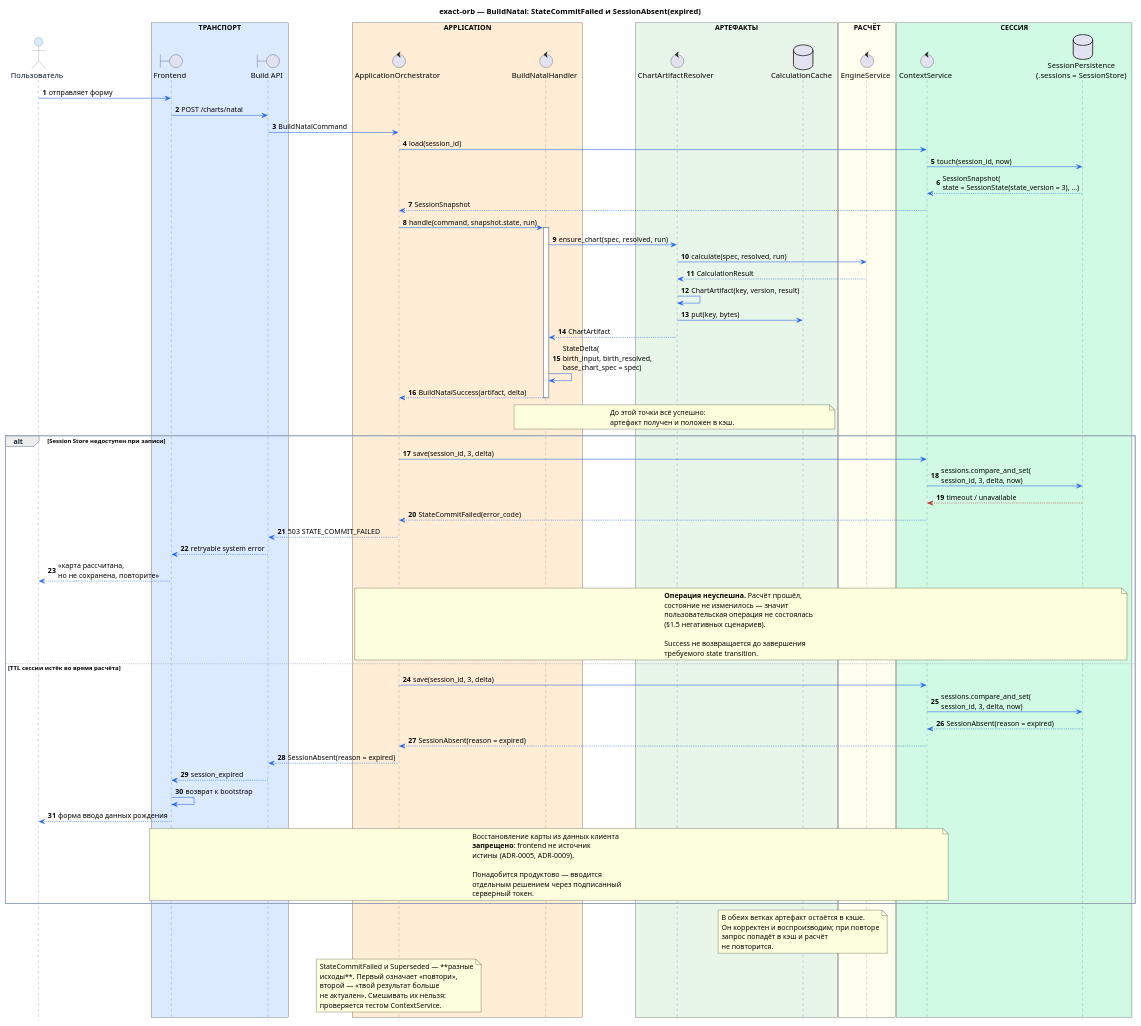
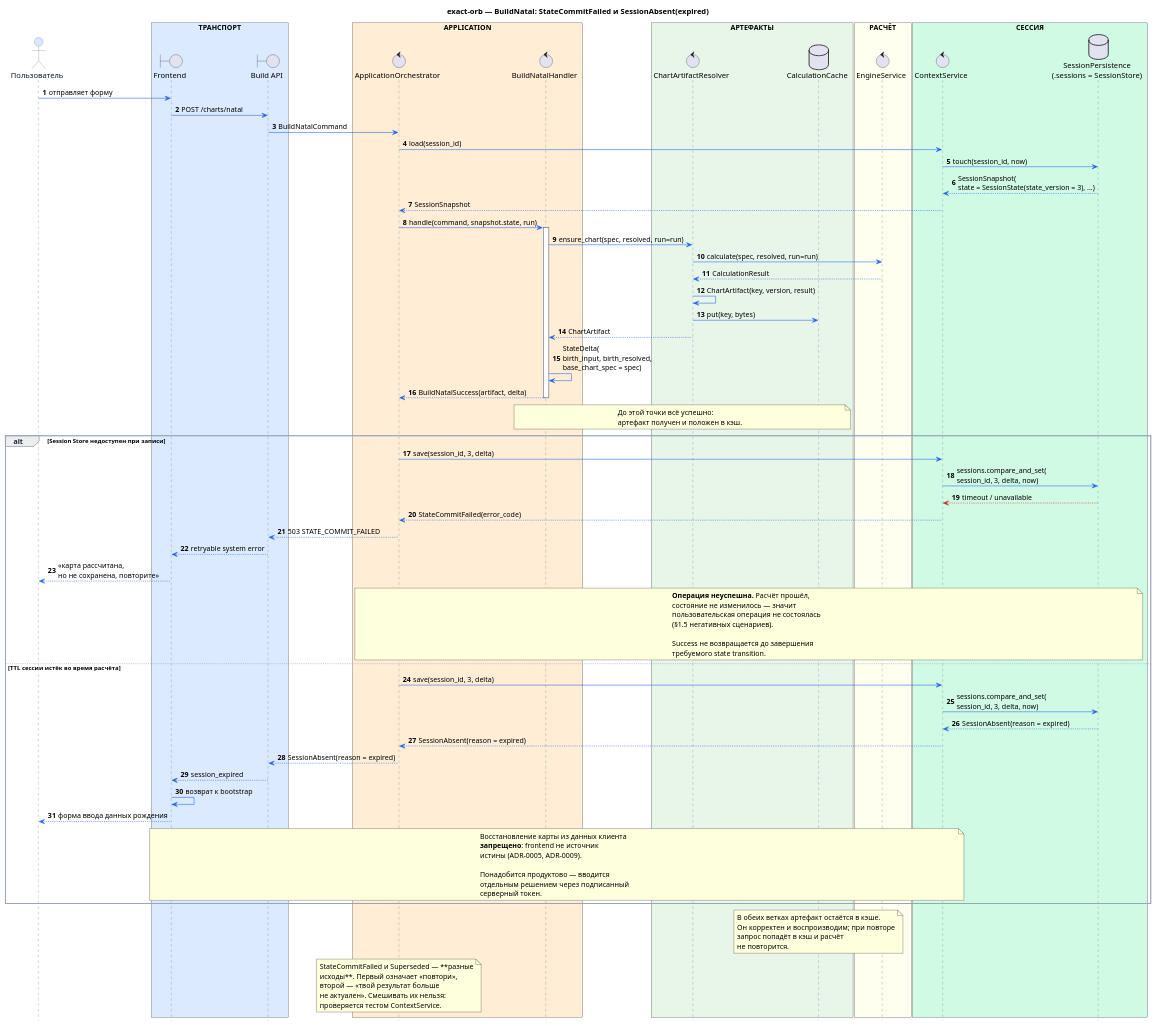
Before and after one commit to ksenia-baranova/exact-orb-demo: the diagram in docs/sequence_diagrams/build_natal/007-build_natal_commit_failure_and_session_expired.puml, drawn with PlantUML. The commit also changed 8 other files, not shown here.

Commit message:
docs: update architecture diagrams, overview, and scenarios

```diff
--- a/docs/sequence_diagrams/build_natal/007-build_natal_commit_failure_and_session_expired.puml
+++ b/docs/sequence_diagrams/build_natal/007-build_natal_commit_failure_and_session_expired.puml
@@ -1,154 +1,154 @@
 @startuml
 title exact-orb — BuildNatal: StateCommitFailed и SessionAbsent(expired)
 
 ' Расчёт прошёл, состояние — нет. Успешный расчёт не равен
 ' успешной пользовательской операции (ADR-0006).
 
 autonumber
 hide footbox
 
 skinparam shadowing false
 skinparam responseMessageBelowArrow true
 
 skinparam sequence {
     ArrowColor #2563EB
     LifeLineBorderColor #64748B
     LifeLineBackgroundColor #FFFFFF
 
     ParticipantBorderColor #64748B
     ParticipantFontColor #0F172A
     ParticipantBackgroundColor #F8FAFC
 
     ActorBorderColor #64748B
     ActorFontColor #0F172A
     ActorBackgroundColor #DBEAFE
 
     GroupBorderColor #94A3B8
     GroupHeaderFontColor #1E293B
 
     DividerBorderColor #94A3B8
     DividerFontColor #1E293B
 
     NoteBorderColor #94A3B8
     NoteBackgroundColor #FFFBEA
     NoteFontColor #334155
 }
 
 actor "Пользователь" as User
 
 box "ТРАНСПОРТ" #DBEAFE
     boundary "Frontend" as FE
     boundary "Build API" as API
 end box
 
 box "APPLICATION" #FFEDD5
     control "ApplicationOrchestrator" as Orch
     control "BuildNatalHandler" as Handler
 end box
 
 box "АРТЕФАКТЫ" #E8F5E9
     control "ChartArtifactResolver" as Artifacts
     database "CalculationCache" as Cache
 end box
 
 box "РАСЧЁТ" #FFFFF0
     control "EngineService" as Engine
 end box
 
 box "СЕССИЯ" #D1FAE5
     control "ContextService" as Context
     database "SessionPersistence\n(.sessions = SessionStore)" as Store
 end box
 
 
 User -> FE : отправляет форму
 FE -> API : POST /charts/natal
 API -> Orch : BuildNatalCommand
 
 Orch -> Context : load(session_id)
 Context -> Store : touch(session_id, now)
 Store --> Context : SessionSnapshot(\nstate = SessionState(state_version = 3), ...)
 Context --> Orch : SessionSnapshot
 
 Orch -> Handler : handle(command, snapshot.state, run)
 activate Handler
 
-Handler -> Artifacts : ensure_chart(spec, resolved, run)
-Artifacts -> Engine : calculate(spec, resolved, run)
+Handler -> Artifacts : ensure_chart(spec, resolved, run=run)
+Artifacts -> Engine : calculate(spec, resolved, run=run)
 Engine --> Artifacts : CalculationResult
 Artifacts -> Artifacts : ChartArtifact(key, version, result)
 Artifacts -> Cache : put(key, bytes)
 Artifacts --> Handler : ChartArtifact
 
 Handler -> Handler : StateDelta(\nbirth_input, birth_resolved,\nbase_chart_spec = spec)
 
 Handler --> Orch : BuildNatalSuccess(artifact, delta)
 deactivate Handler
 
 note over Handler, Cache
 До этой точки всё успешно:
 артефакт получен и положен в кэш.
 end note
 
 
 alt Session Store недоступен при записи
 
     Orch -> Context : save(session_id, 3, delta)
     Context -> Store : sessions.compare_and_set(\nsession_id, 3, delta, now)
     Store -[#C62828]-> Context : timeout / unavailable
     Context --> Orch : StateCommitFailed(error_code)
 
     Orch --> API : 503 STATE_COMMIT_FAILED
     API --> FE : retryable system error
     FE --> User : «карта рассчитана,\nно не сохранена, повторите»
 
     note over Orch, Store
     **Операция неуспешна.** Расчёт прошёл,
     состояние не изменилось — значит
     пользовательская операция не состоялась
     (§1.5 негативных сценариев).
 
     Success не возвращается до завершения
     требуемого state transition.
     end note
 
 else TTL сессии истёк во время расчёта
 
     Orch -> Context : save(session_id, 3, delta)
     Context -> Store : sessions.compare_and_set(\nsession_id, 3, delta, now)
     Store --> Context : SessionAbsent(reason = expired)
     Context --> Orch : SessionAbsent(reason = expired)
 
     Orch --> API : SessionAbsent(reason = expired)
     API --> FE : session_expired
     FE -> FE : возврат к bootstrap
     FE --> User : форма ввода данных рождения
 
     note over FE, Context
     Восстановление карты из данных клиента
     **запрещено**: frontend не источник
     истины (ADR-0005, ADR-0009).
 
     Понадобится продуктово — вводится
     отдельным решением через подписанный
     серверный токен.
     end note
 
 end
 
 note over Cache
 В обеих ветках артефакт остаётся в кэше.
 Он корректен и воспроизводим; при повторе
 запрос попадёт в кэш и расчёт
 не повторится.
 end note
 
 note over Orch
 StateCommitFailed и Superseded — **разные
 исходы**. Первый означает «повтори»,
 второй — «твой результат больше
 не актуален». Смешивать их нельзя:
 проверяется тестом ContextService.
 end note
 
 @enduml
```
